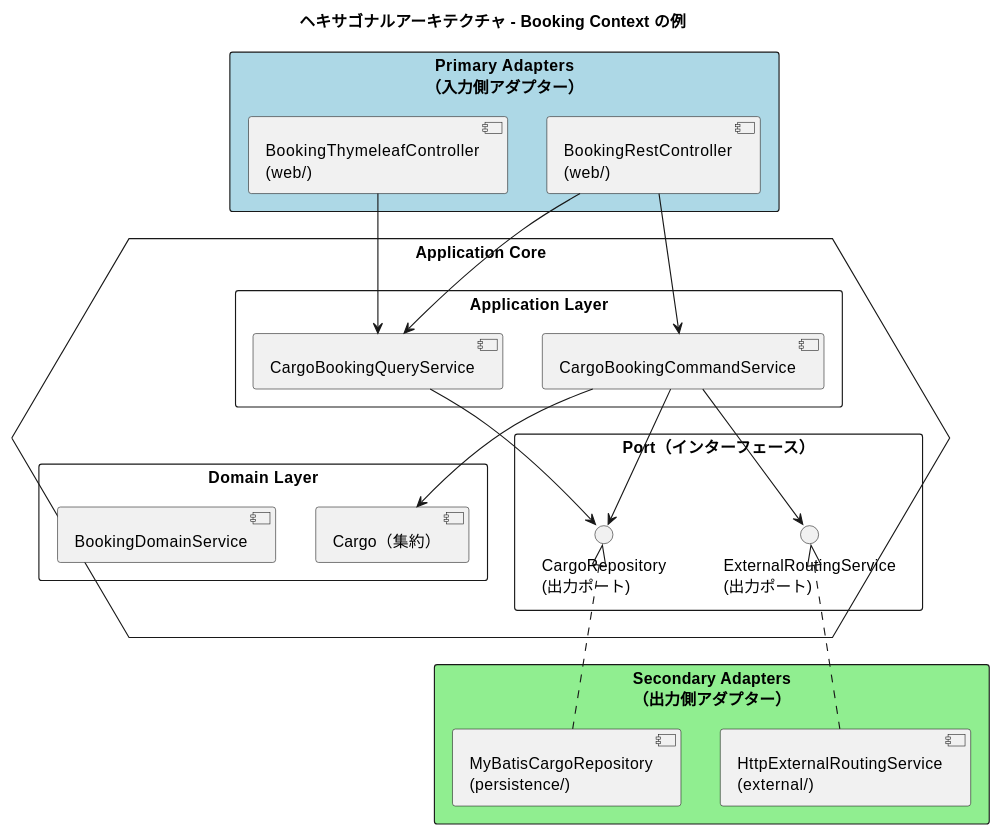
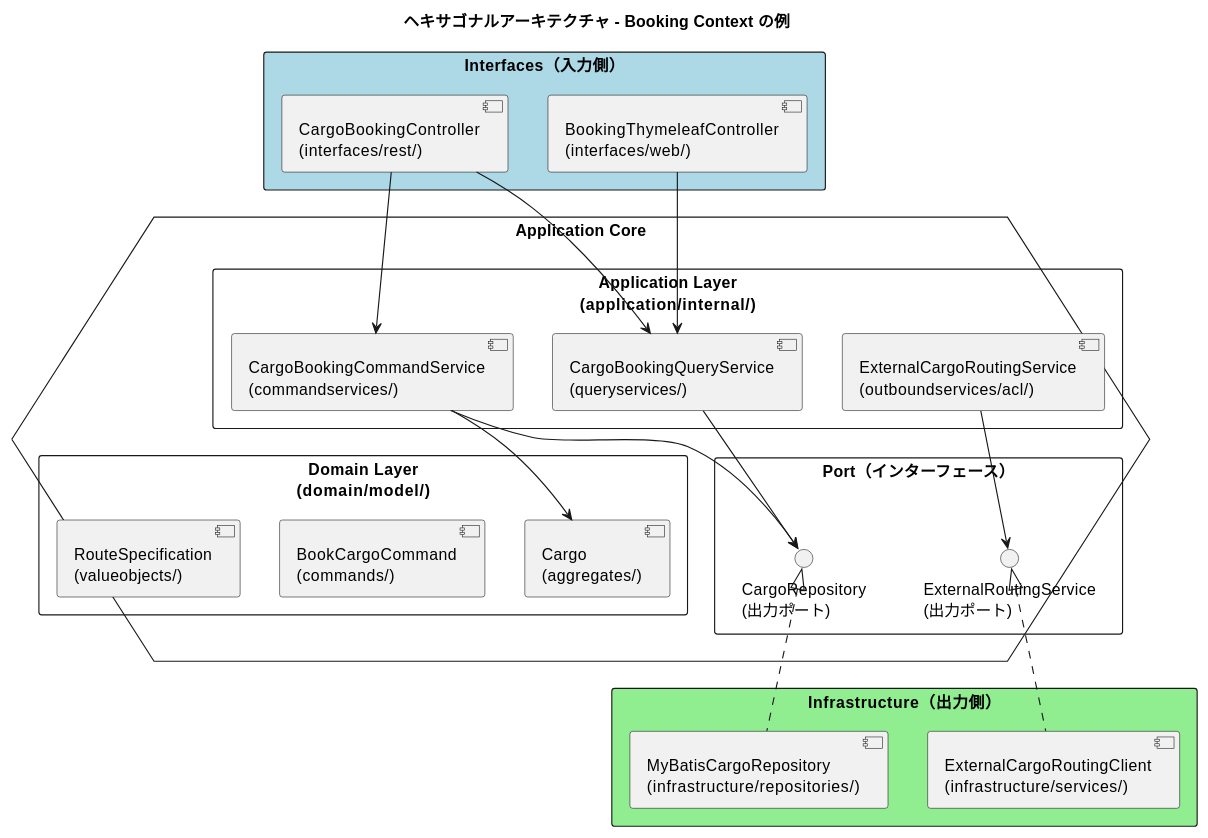
One commit to k2works/case-study-cargo-tracker changed the third of 7 diagrams in docs/design/architecture_backend.md. Above: the diagram before and after it, drawn with PlantUML. The commit also changed other lines of this file, not shown here.

Commit message:
docs: バックエンドアーキテクチャのパッケージ構成を Practical DDD Chapter3 に準拠
レイヤー責務のパッケージを domain/model/aggregates・valueobjects・commands・entities、
application/internal/commandservices・queryservices・outboundservices/acl、
infrastructure/repositories・services、interfaces/rest・web・events に変更。

````diff
--- a/docs/design/architecture_backend.md
+++ b/docs/design/architecture_backend.md
@@ -249,43 +249,45 @@
 ```plantuml
 @startuml
 title ヘキサゴナルアーキテクチャ - Booking Context の例
 
-rectangle "Primary Adapters\n（入力側アダプター）" as primary #LightBlue {
-  [BookingRestController\n(web/)]
-  [BookingThymeleafController\n(web/)]
+rectangle "Interfaces（入力側）" as iface #LightBlue {
+  [CargoBookingController\n(interfaces/rest/)]
+  [BookingThymeleafController\n(interfaces/web/)]
 }
 
 hexagon "Application Core" as core {
-  rectangle "Application Layer" {
-    [CargoBookingCommandService]
-    [CargoBookingQueryService]
+  rectangle "Application Layer\n(application/internal/)" {
+    [CargoBookingCommandService\n(commandservices/)]
+    [CargoBookingQueryService\n(queryservices/)]
+    [ExternalCargoRoutingService\n(outboundservices/acl/)]
   }
-  rectangle "Domain Layer" {
-    [Cargo（集約）]
-    [BookingDomainService]
+  rectangle "Domain Layer\n(domain/model/)" {
+    [Cargo\n(aggregates/)]
+    [BookCargoCommand\n(commands/)]
+    [RouteSpecification\n(valueobjects/)]
   }
   rectangle "Port（インターフェース）" {
     interface "CargoRepository\n(出力ポート)" as repo_port
     interface "ExternalRoutingService\n(出力ポート)" as routing_port
   }
 }
 
-rectangle "Secondary Adapters\n（出力側アダプター）" as secondary #LightGreen {
-  [MyBatisCargoRepository\n(persistence/)]
-  [HttpExternalRoutingService\n(external/)]
+rectangle "Infrastructure（出力側）" as infra #LightGreen {
+  [MyBatisCargoRepository\n(infrastructure/repositories/)]
+  [ExternalCargoRoutingClient\n(infrastructure/services/)]
 }
 
-[BookingRestController\n(web/)] --> [CargoBookingCommandService]
-[BookingRestController\n(web/)] --> [CargoBookingQueryService]
-[BookingThymeleafController\n(web/)] --> [CargoBookingQueryService]
+[CargoBookingController\n(interfaces/rest/)] --> [CargoBookingCommandService\n(commandservices/)]
+[CargoBookingController\n(interfaces/rest/)] --> [CargoBookingQueryService\n(queryservices/)]
+[BookingThymeleafController\n(interfaces/web/)] --> [CargoBookingQueryService\n(queryservices/)]
 
-[CargoBookingCommandService] --> [Cargo（集約）]
-[CargoBookingCommandService] --> repo_port
-[CargoBookingCommandService] --> routing_port
-[CargoBookingQueryService] --> repo_port
+[CargoBookingCommandService\n(commandservices/)] --> [Cargo\n(aggregates/)]
+[CargoBookingCommandService\n(commandservices/)] --> repo_port
+[ExternalCargoRoutingService\n(outboundservices/acl/)] --> routing_port
+[CargoBookingQueryService\n(queryservices/)] --> repo_port
 
-repo_port <|.. [MyBatisCargoRepository\n(persistence/)]
-routing_port <|.. [HttpExternalRoutingService\n(external/)]
+repo_port <|.. [MyBatisCargoRepository\n(infrastructure/repositories/)]
+routing_port <|.. [ExternalCargoRoutingClient\n(infrastructure/services/)]
 
 @enduml
 ```
````
